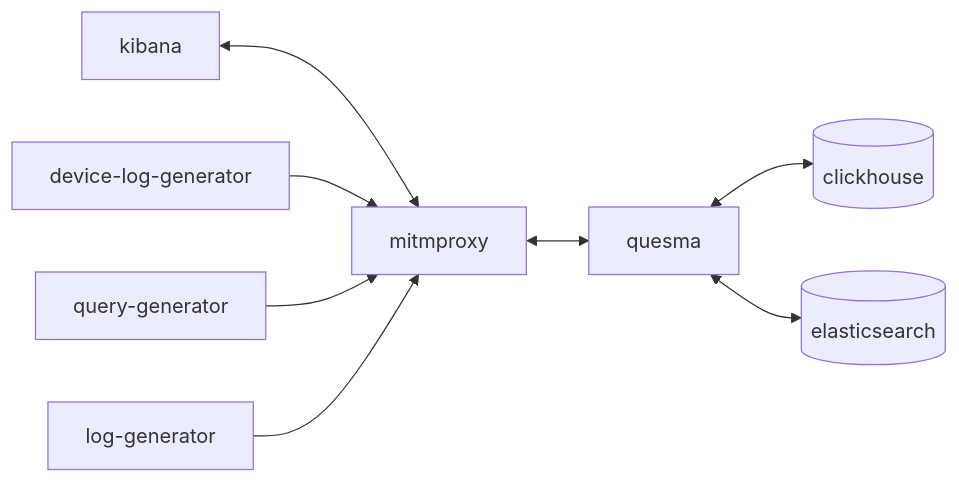
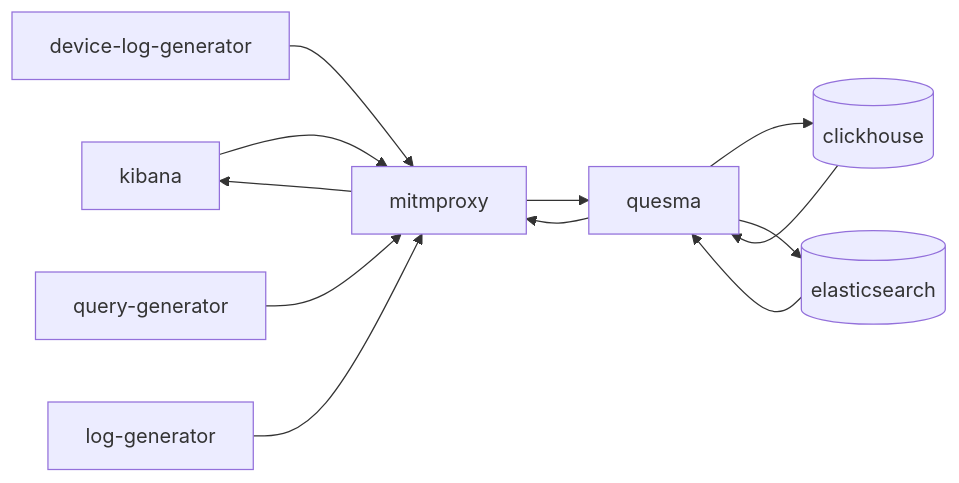
The third of 3 diagrams in README.md (QuesmaOrg/quesma), drawn with Mermaid before and after one commit. The commit also changed other lines of this file, not shown here.

First line of the commit message:
Improve architectural diagrams (#245)

````diff
--- a/README.md
+++ b/README.md
@@ -10,10 +43,14 @@
 ```mermaid
 flowchart LR;
-    kibana<-->mitmproxy;
+    kibana-->mitmproxy;
+    mitmproxy-->kibana;
     device-log-generator-->mitmproxy;
     query-generator-->mitmproxy;
     log-generator-->mitmproxy;
-    mitmproxy<-->quesma;
-    quesma<-->clickhouse[(clickhouse)];
-    quesma<-->elasticsearch[(elasticsearch)];
+    mitmproxy-->quesma;
+    quesma-->mitmproxy;
+    quesma-->clickhouse[(clickhouse)];
+    clickhouse-->quesma;
+    quesma-->elasticsearch[(elasticsearch)];
+    elasticsearch-->quesma;
 ```
````
